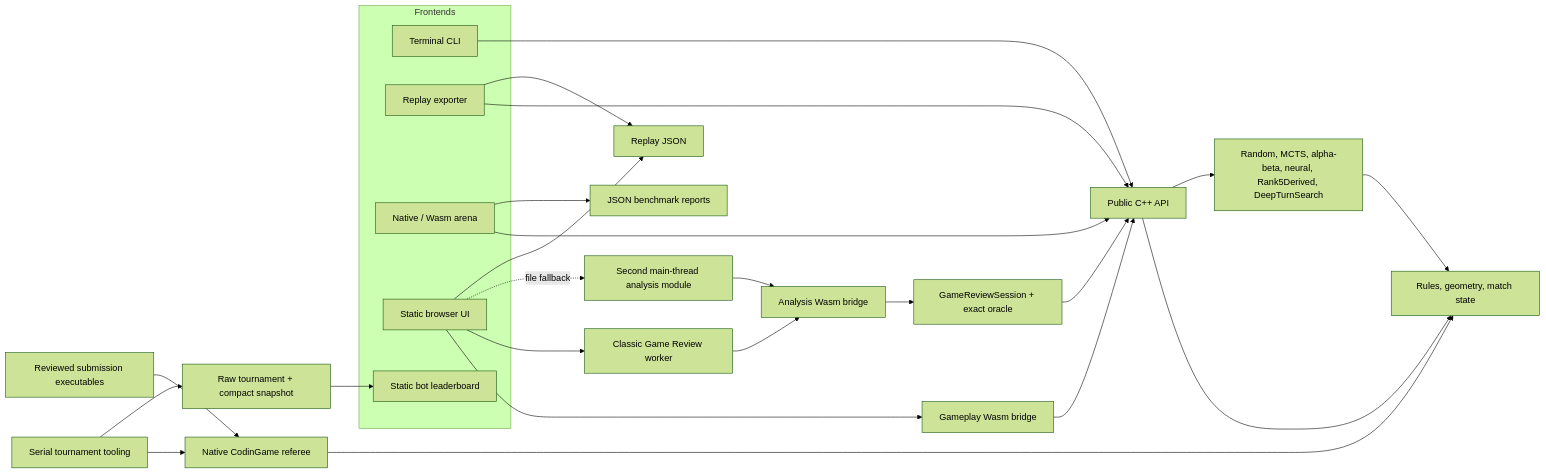
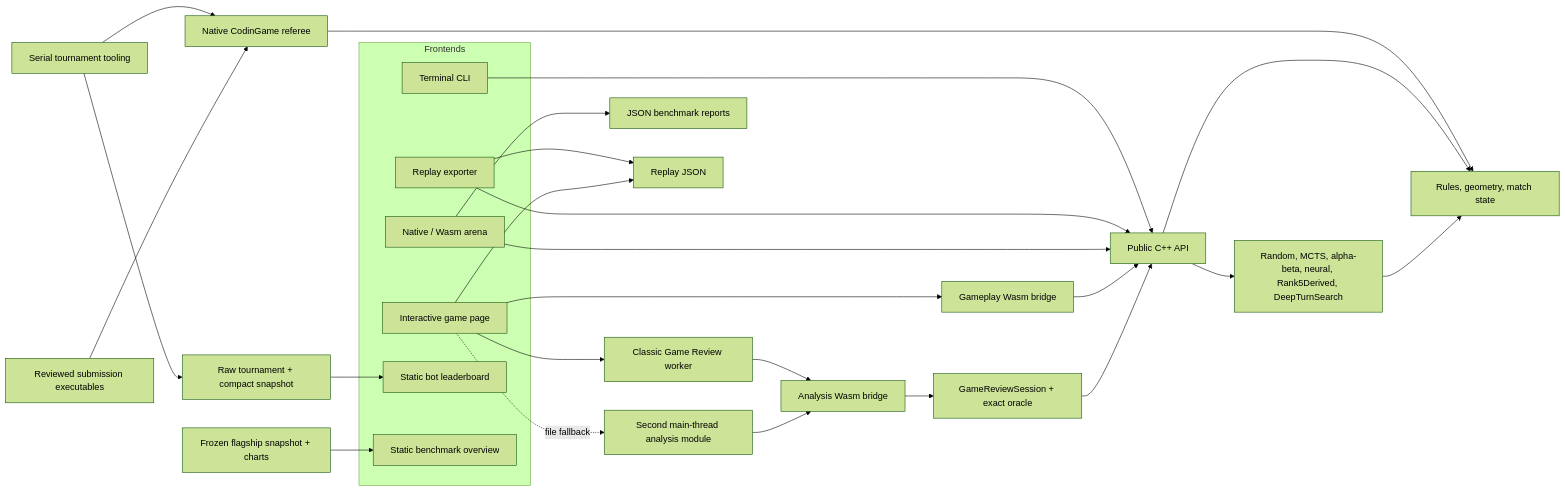
The diagram in docs/architecture.md (Lecorbio/paper-soccer-strategy-engine), drawn with Mermaid (forest theme) before and after one commit. The commit also changed other lines of this file and 18 other files, not shown here.

````diff
--- a/docs/architecture.md
+++ b/docs/architecture.md
@@ -11,36 +11,38 @@
 ```mermaid
 flowchart LR
     subgraph Frontends
         CLI[Terminal CLI]
         Replay[Replay exporter]
         Arena[Native / Wasm arena]
-        Browser[Static browser UI]
+        Browser[Interactive game page]
         Leaderboard[Static bot leaderboard]
+        Benchmarks[Static benchmark overview]
     end
 
     Tournament[Serial tournament tooling] --> Referee[Native CodinGame referee]
     Submissions[Reviewed submission executables] --> Referee
     Referee --> Core
     Tournament --> Frozen[Raw tournament + compact snapshot]
     Frozen --> Leaderboard
+    Study[Frozen flagship snapshot + charts] --> Benchmarks
 
     Browser --> LiveBridge[Gameplay Wasm bridge]
     Browser --> Worker[Classic Game Review worker]
     Browser -. file fallback .-> ReviewMain[Second main-thread analysis module]
     Worker --> ReviewBridge[Analysis Wasm bridge]
     ReviewMain --> ReviewBridge
     CLI --> API[Public C++ API]
     Replay --> API
     Arena --> API
     LiveBridge --> API
     ReviewBridge --> Review[GameReviewSession + exact oracle]
     Review --> API
 
     API --> Core[Rules, geometry, match state]
     API --> Bots[Random, MCTS, alpha-beta, neural, Rank5Derived, DeepTurnSearch]
     Bots --> Core
 
     Arena --> Reports[JSON benchmark reports]
     Replay --> Replays[Replay JSON]
     Browser --> Replays
 ```
````
